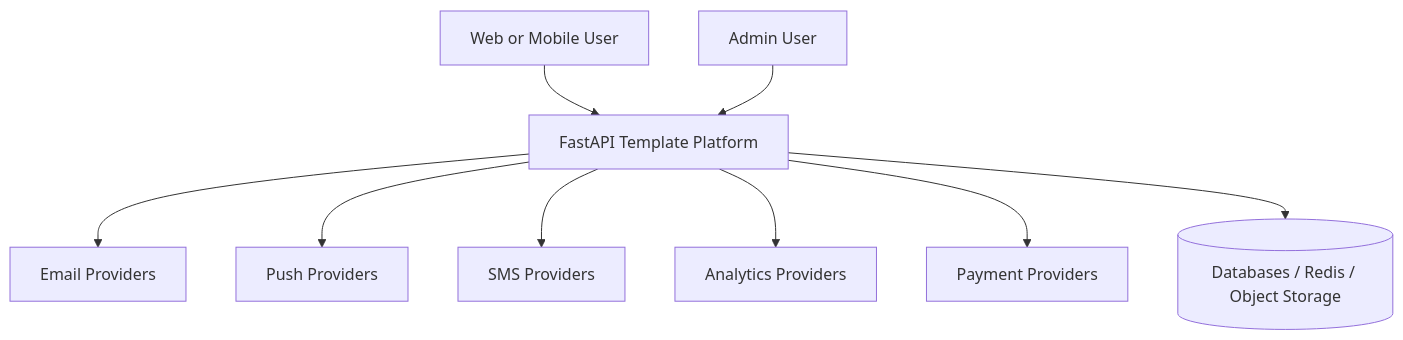
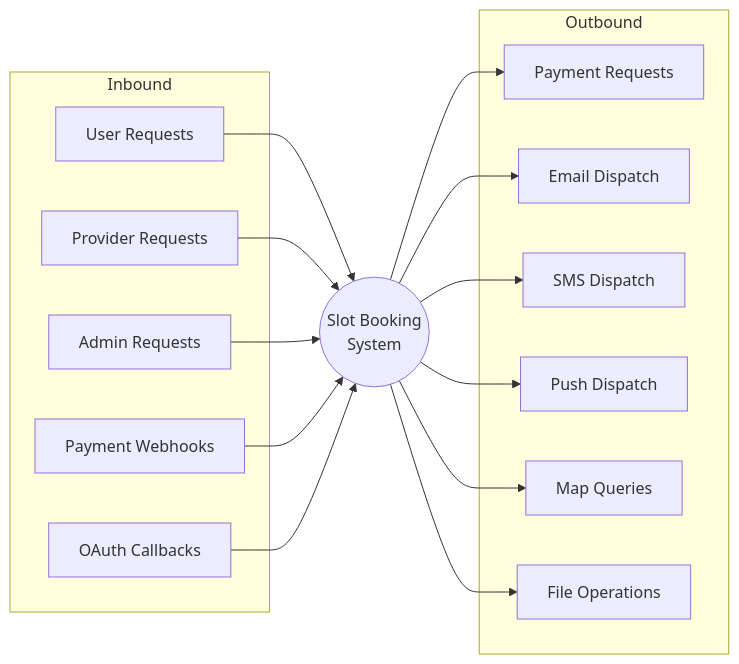
Before and after one commit to 0Ankit0/slot-booking: the third of 3 diagrams in docs/analysis/system-context-diagram.md, drawn with Mermaid. The commit also changed other lines of this file and 36 other files, not shown here.

First line of the commit message:
Enhance documentation for Slot Booking System

````diff
--- a/docs/analysis/system-context-diagram.md
+++ b/docs/analysis/system-context-diagram.md
@@ -3,21 +163,34 @@
 ```mermaid
-flowchart TB
-  User[Web or Mobile User]
-  Admin[Admin User]
-  Template[FastAPI Template Platform]
-  Email[Email Providers]
-  Push[Push Providers]
-  SMS[SMS Providers]
-  Analytics[Analytics Providers]
-  Payments[Payment Providers]
-  Infra[(Databases / Redis / Object Storage)]
-
-  User --> Template
-  Admin --> Template
-  Template --> Email
-  Template --> Push
-  Template --> SMS
-  Template --> Analytics
-  Template --> Payments
-  Template --> Infra
+graph LR
+    subgraph "Inbound"
+        A1[User Requests]
+        A2[Provider Requests]
+        A3[Admin Requests]
+        A4[Payment Webhooks]
+        A5[OAuth Callbacks]
+    end
+    
+    SBS((Slot Booking<br/>System))
+    
+    subgraph "Outbound"
+        B1[Payment Requests]
+        B2[Email Dispatch]
+        B3[SMS Dispatch]
+        B4[Push Dispatch]
+        B5[Map Queries]
+        B6[File Operations]
+    end
+    
+    A1 --> SBS
+    A2 --> SBS
+    A3 --> SBS
+    A4 --> SBS
+    A5 --> SBS
+    
+    SBS --> B1
+    SBS --> B2
+    SBS --> B3
+    SBS --> B4
+    SBS --> B5
+    SBS --> B6
 ```
````
